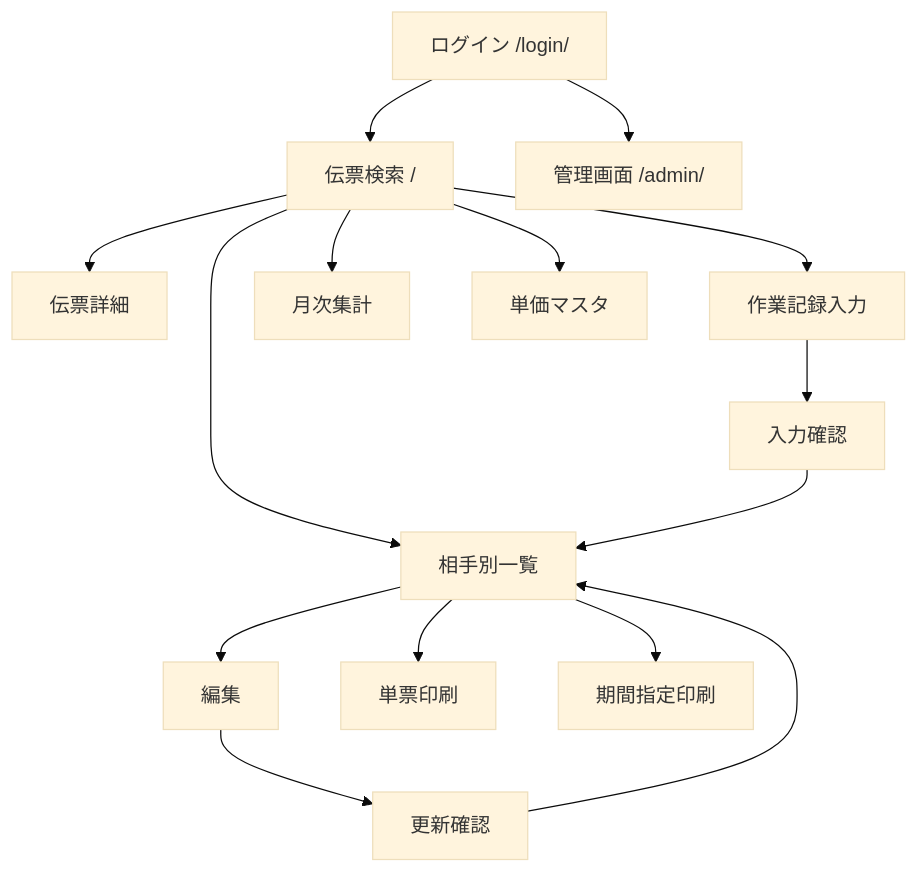
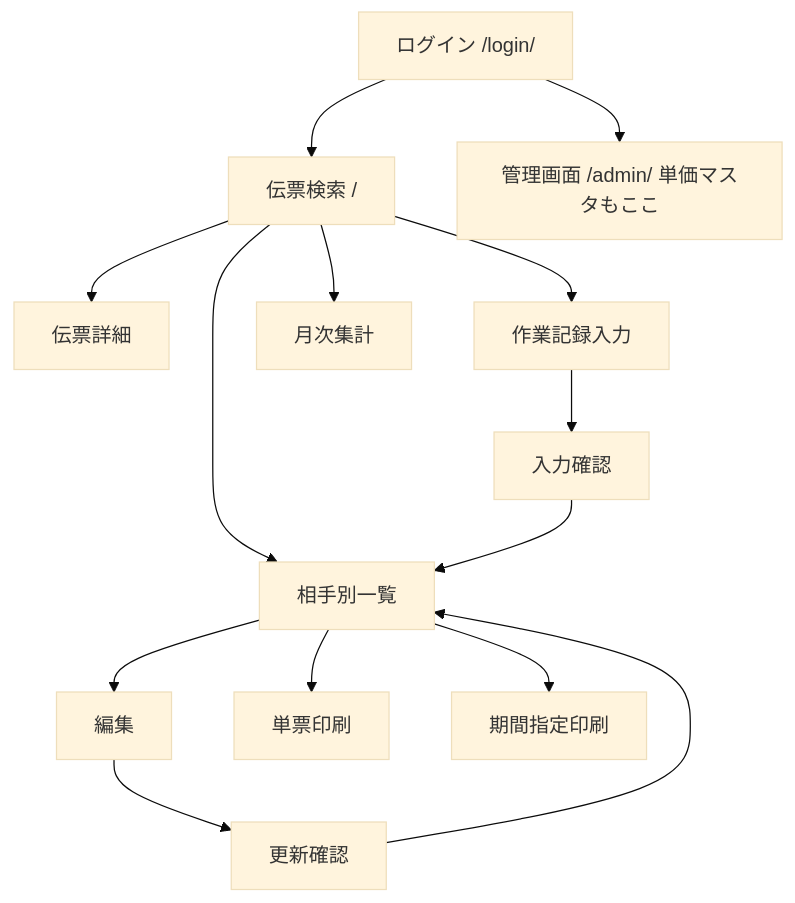
The third of 3 diagrams in README.md (admin1-creator/workapp), drawn with Mermaid (base theme) before and after one commit. The commit also changed other lines of this file and 52 other files, not shown here.

````diff
--- a/README.md
+++ b/README.md
@@ -212,31 +257,29 @@
 ```mermaid
 flowchart TD
     Login[ログイン /login/]
     Search[伝票検索 /]
     Detail[伝票詳細]
     Create[作業記録入力]
     Review[入力確認]
     List[相手別一覧]
     Edit[編集]
     Confirm[更新確認]
     PrintOne[単票印刷]
     PrintPeriod[期間指定印刷]
     Monthly[月次集計]
-    Units[単価マスタ]
-    Admin[管理画面 /admin/]
+    Admin[管理画面 /admin/ 単価マスタもここ]
 
     Login --> Search
     Search --> Detail
     Search --> Create
     Search --> List
     Search --> Monthly
-    Search --> Units
     Create --> Review
     Review --> List
     List --> Edit
     List --> PrintOne
     List --> PrintPeriod
     Edit --> Confirm
     Confirm --> List
     Login --> Admin
 ```
````
